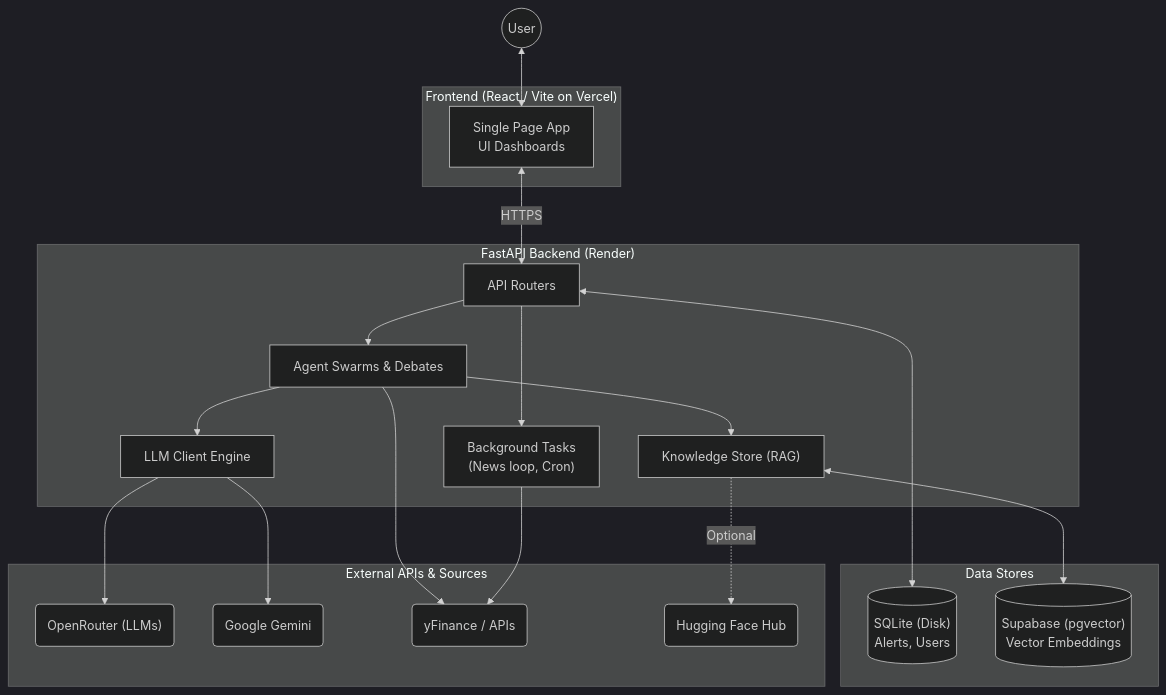
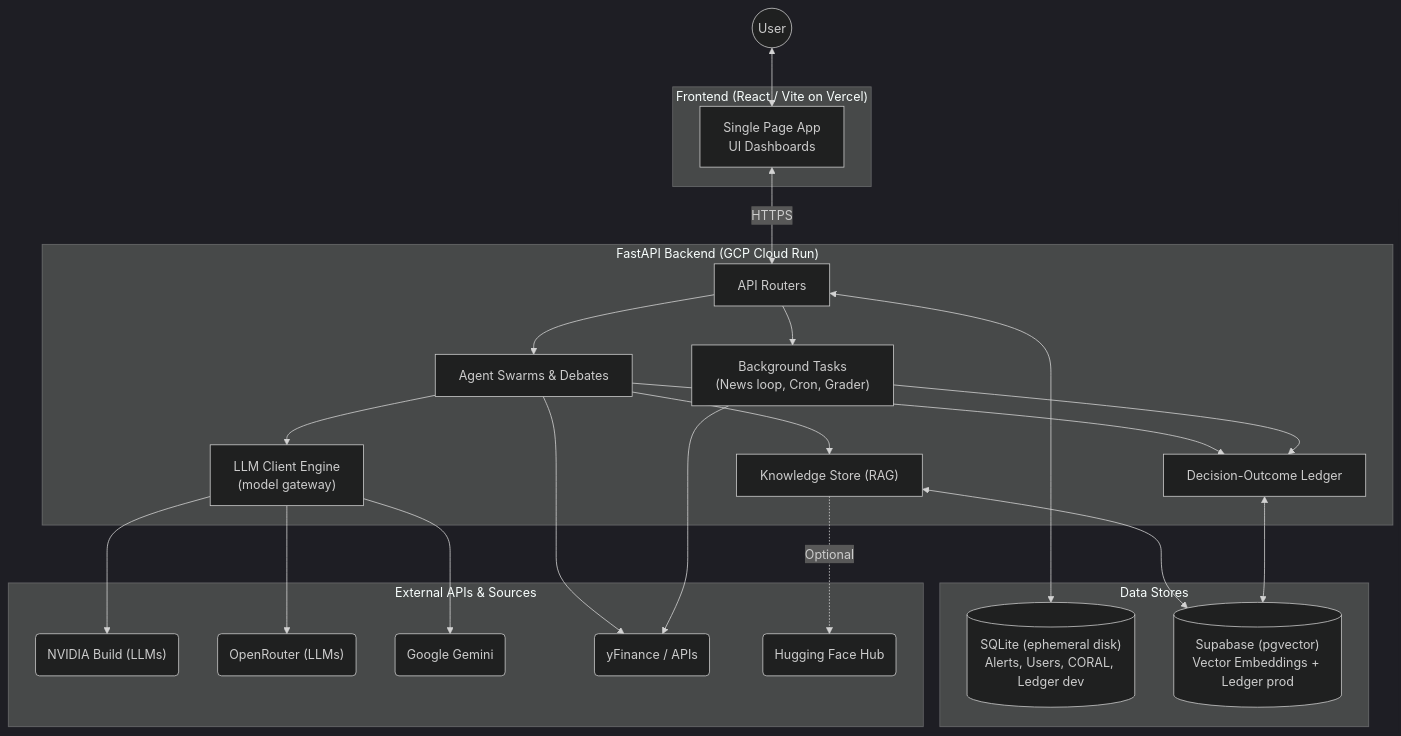
Before and after one commit to manojsilwal/tradetalkapp: the first of 8 diagrams in docs/SYSTEM_DIAGRAMS.md, drawn with Mermaid (dark theme). The commit also changed other lines of this file and 3 other files, not shown here.

````diff
--- a/docs/SYSTEM_DIAGRAMS.md
+++ b/docs/SYSTEM_DIAGRAMS.md
@@ -9,47 +9,53 @@
 ```mermaid
 flowchart TB
     User((User))
 
     subgraph Frontend["Frontend (React / Vite on Vercel)"]
         SPA["Single Page App\nUI Dashboards"]
     end
 
-    subgraph Backend["FastAPI Backend (Render)"]
+    subgraph Backend["FastAPI Backend (GCP Cloud Run)"]
         API["API Routers"]
         Agents["Agent Swarms & Debates"]
         RAG["Knowledge Store (RAG)"]
-        LLM_Client["LLM Client Engine"]
-        Background["Background Tasks\n(News loop, Cron)"]
+        LLM_Client["LLM Client Engine\n(model gateway)"]
+        Ledger["Decision-Outcome Ledger"]
+        Background["Background Tasks\n(News loop, Cron, Grader)"]
 
         API --> Agents
         API --> Background
         Agents --> RAG
         Agents --> LLM_Client
+        Agents --> Ledger
+        Background --> Ledger
     end
 
     subgraph DataStores["Data Stores"]
-        SQLite[("SQLite (Disk)\nAlerts, Users")]
-        Supabase[("Supabase (pgvector)\nVector Embeddings")]
+        SQLite[("SQLite (ephemeral disk)\nAlerts, Users, CORAL, Ledger dev")]
+        Supabase[("Supabase (pgvector)\nVector Embeddings + Ledger prod")]
     end
 
     subgraph External["External APIs & Sources"]
+        NVIDIA("NVIDIA Build (LLMs)")
         OpenRouter("OpenRouter (LLMs)")
         Gemini("Google Gemini")
         YFinance("yFinance / APIs")
         HF("Hugging Face Hub")
     end
 
     User <--> SPA
     SPA <-->|HTTPS| API
 
     RAG <--> Supabase
+    Ledger <--> Supabase
     API <--> SQLite
 
+    LLM_Client --> NVIDIA
     LLM_Client --> OpenRouter
     LLM_Client --> Gemini
 
     Agents --> YFinance
     Background --> YFinance
 
     RAG -.->|Optional| HF
 ```
````
